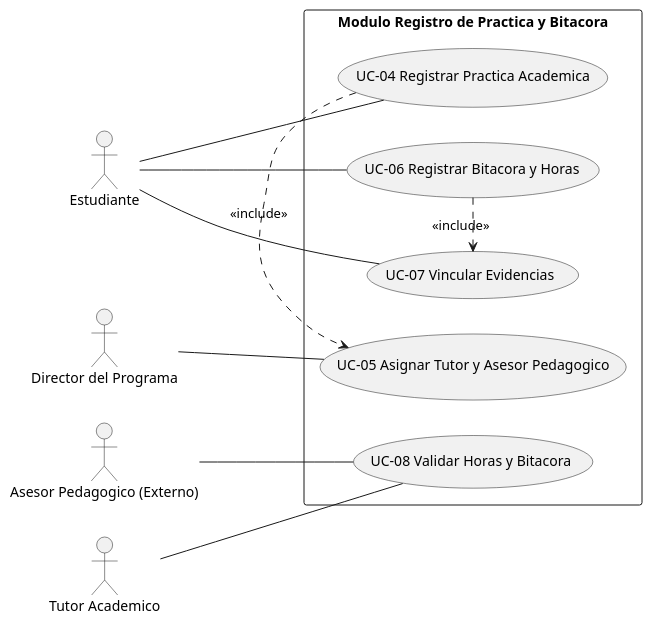
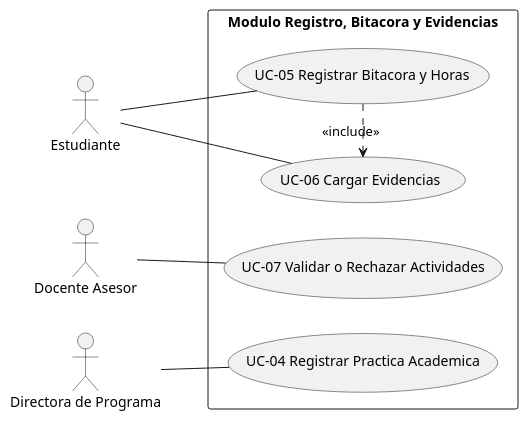
One commit to rcarreno4-dot/sigpra changed the diagram in documentacion/casos_de_uso/DIAGRAMA_CASOS_USO_BITACORA_OPERACION.puml. Above: the diagram before and after it, drawn with PlantUML. The commit also changed 71 other files, not shown here.

```diff
--- a/documentacion/casos_de_uso/DIAGRAMA_CASOS_USO_BITACORA_OPERACION.puml
+++ b/documentacion/casos_de_uso/DIAGRAMA_CASOS_USO_BITACORA_OPERACION.puml
@@ -1,30 +1,24 @@
 @startuml
 left to right direction
 skinparam packageStyle rectangle
 skinparam shadowing false
 
 actor "Estudiante" as Estudiante
-actor "Tutor Academico" as Tutor
-actor "Director del Programa" as Director
-actor "Asesor Pedagogico (Externo)" as Asesor
+actor "Docente Asesor" as Docente
+actor "Directora de Programa" as Directora
 
-rectangle "Modulo Registro de Practica y Bitacora" {
+rectangle "Modulo Registro, Bitacora y Evidencias" {
   usecase "UC-04 Registrar Practica Academica" as UC04
-  usecase "UC-05 Asignar Tutor y Asesor Pedagogico" as UC05
-  usecase "UC-06 Registrar Bitacora y Horas" as UC06
-  usecase "UC-07 Vincular Evidencias" as UC07
-  usecase "UC-08 Validar Horas y Bitacora" as UC08
+  usecase "UC-05 Registrar Bitacora y Horas" as UC05
+  usecase "UC-06 Cargar Evidencias" as UC06
+  usecase "UC-07 Validar o Rechazar Actividades" as UC07
 }
 
-Estudiante -- UC04
+Directora -- UC04
+Estudiante -- UC05
 Estudiante -- UC06
-Estudiante -- UC07
+Docente -- UC07
 
-Director -- UC05
-Tutor -- UC08
-Asesor -- UC08
-
-UC04 .> UC05 : <<include>>
-UC06 .> UC07 : <<include>>
+UC05 .> UC06 : <<include>>
 
 @enduml
```
